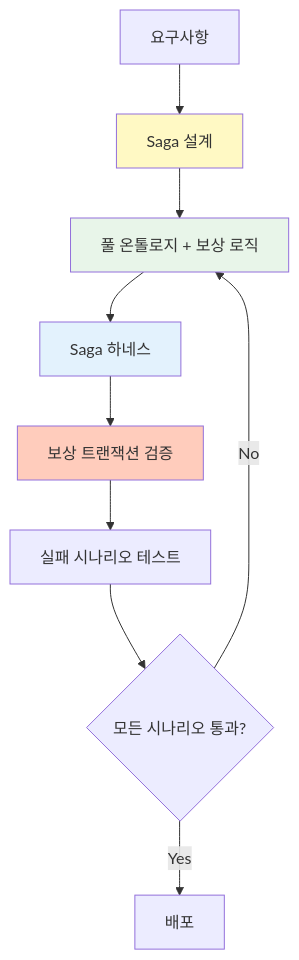
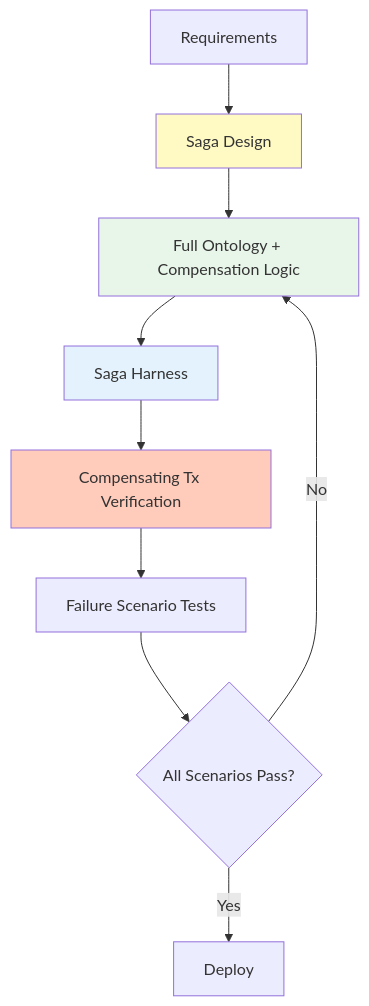
The second of 2 diagrams in docs/aidlc/enterprise/msa-complexity/pattern-guides/l3-l4-async-saga.md (devfloor9/engineering-playbook), drawn with Mermaid before and after one commit. The commit also changed other lines of this file and 954 other files, not shown here.

````diff
--- a/docs/aidlc/enterprise/msa-complexity/pattern-guides/l3-l4-async-saga.md
+++ b/docs/aidlc/enterprise/msa-complexity/pattern-guides/l3-l4-async-saga.md
@@ -112,16 +112,16 @@
 ```mermaid
 graph TB
-    A[요구사항] --> B[Saga 설계]
-    B --> C[풀 온톨로지 + 보상 로직]
-    C --> D[Saga 하네스]
-    D --> E[보상 트랜잭션 검증]
-    E --> F[실패 시나리오 테스트]
-    F --> G{모든 시나리오 통과?}
-    G -->|Yes| H[배포]
+    A[Requirements] --> B[Saga Design]
+    B --> C[Full Ontology + Compensation Logic]
+    C --> D[Saga Harness]
+    D --> E[Compensating Tx Verification]
+    E --> F[Failure Scenario Tests]
+    F --> G{All Scenarios Pass?}
+    G -->|Yes| H[Deploy]
     G -->|No| C
 
     style B fill:#FFF9C4
     style C fill:#E8F5E9
     style D fill:#E3F2FD
     style E fill:#FFCCBC
 ```
````
